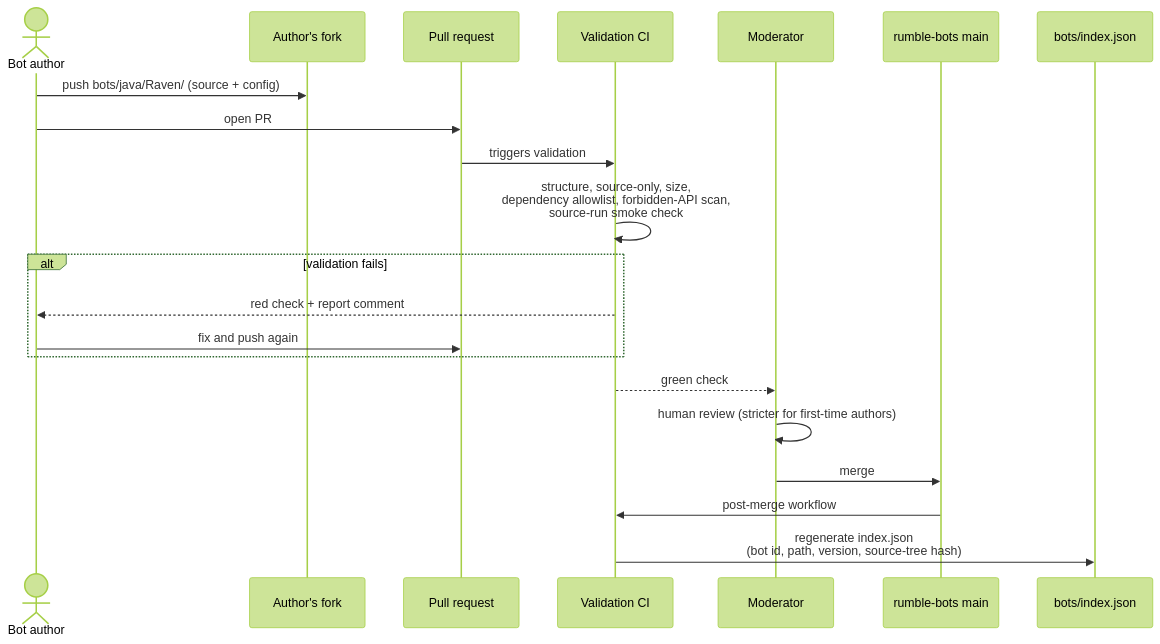
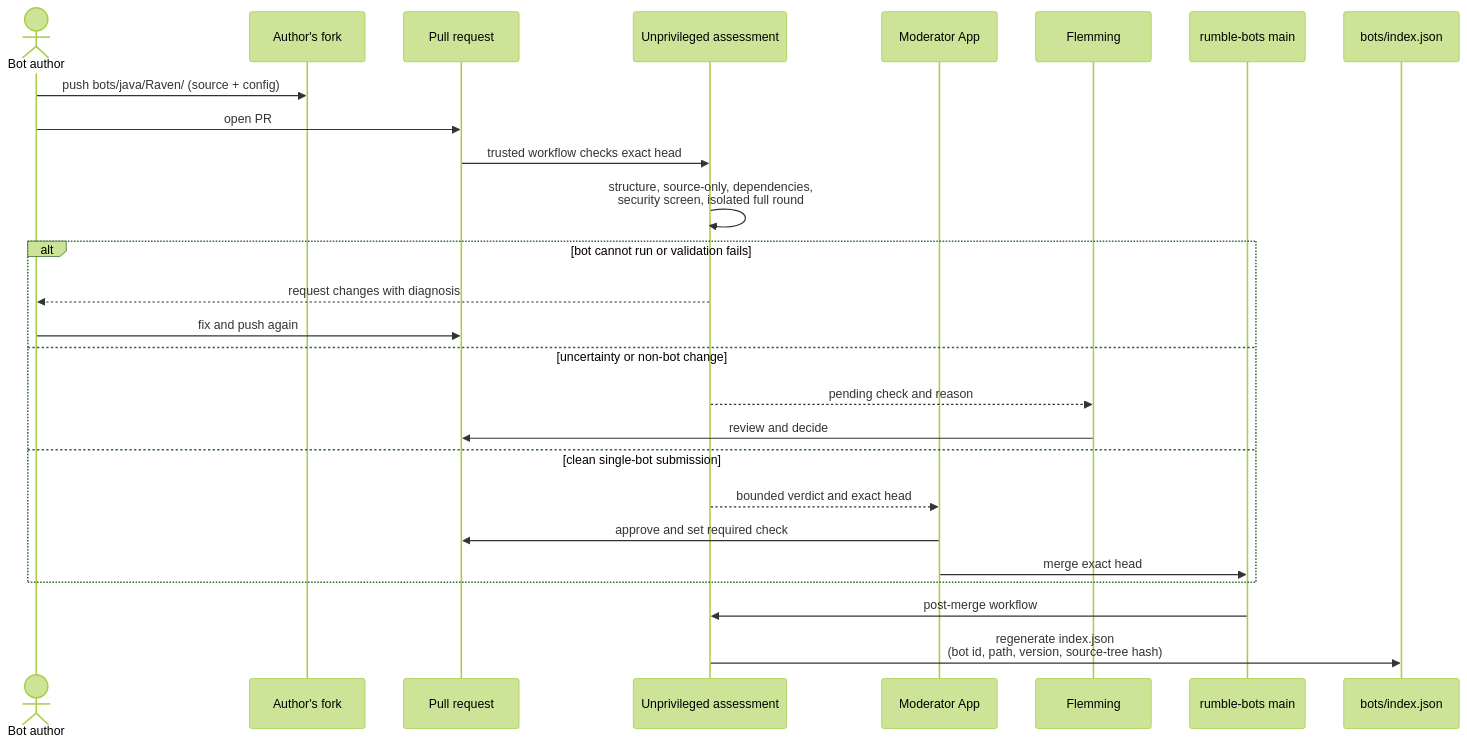
One commit to robocode-dev/tank-royale changed the first of 2 diagrams in docs/design/rumble/bot-submission.md. Above: the diagram before and after it, drawn with Mermaid (forest theme). The commit also changed other lines of this file and 11 other files, not shown here.

````diff
--- a/docs/design/rumble/bot-submission.md
+++ b/docs/design/rumble/bot-submission.md
@@ -43,24 +43,29 @@
 ```mermaid
 sequenceDiagram
     actor Author as Bot author
     participant Fork as Author's fork
     participant PR as Pull request
-    participant CI as Validation CI
-    participant Mod as Moderator
+    participant CI as Unprivileged assessment
+    participant App as Moderator App
+    participant Mod as Flemming
     participant Main as rumble-bots main
     participant Index as bots/index.json
 
     Author->>Fork: push bots/java/Raven/ (source + config)
     Author->>PR: open PR
-    PR->>CI: triggers validation
-    CI->>CI: structure, source-only, size,<br/>dependency allowlist, forbidden-API scan,<br/>source-run smoke check
-    alt validation fails
-        CI-->>Author: red check + report comment
+    PR->>CI: trusted workflow checks exact head
+    CI->>CI: structure, source-only, dependencies,<br/>security screen, isolated full round
+    alt bot cannot run or validation fails
+        CI-->>Author: request changes with diagnosis
         Author->>PR: fix and push again
+    else uncertainty or non-bot change
+        CI-->>Mod: pending check and reason
+        Mod->>PR: review and decide
+    else clean single-bot submission
+        CI-->>App: bounded verdict and exact head
+        App->>PR: approve and set required check
+        App->>Main: merge exact head
     end
-    CI-->>Mod: green check
-    Mod->>Mod: human review (stricter for first-time authors)
-    Mod->>Main: merge
     Main->>CI: post-merge workflow
     CI->>Index: regenerate index.json<br/>(bot id, path, version, source-tree hash)
 ```
````
